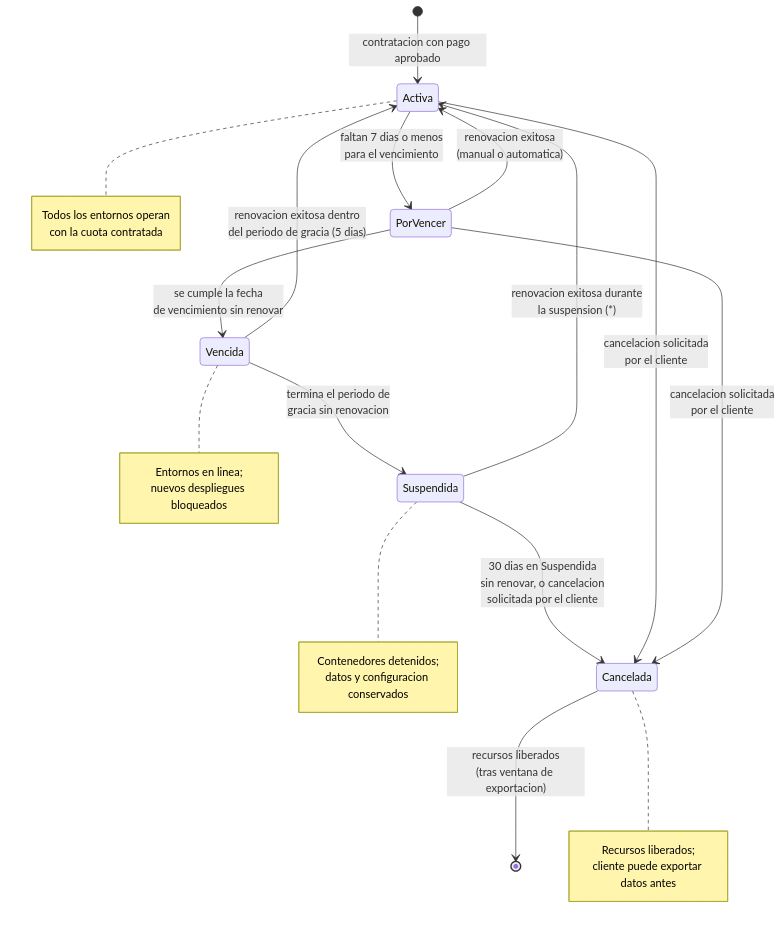
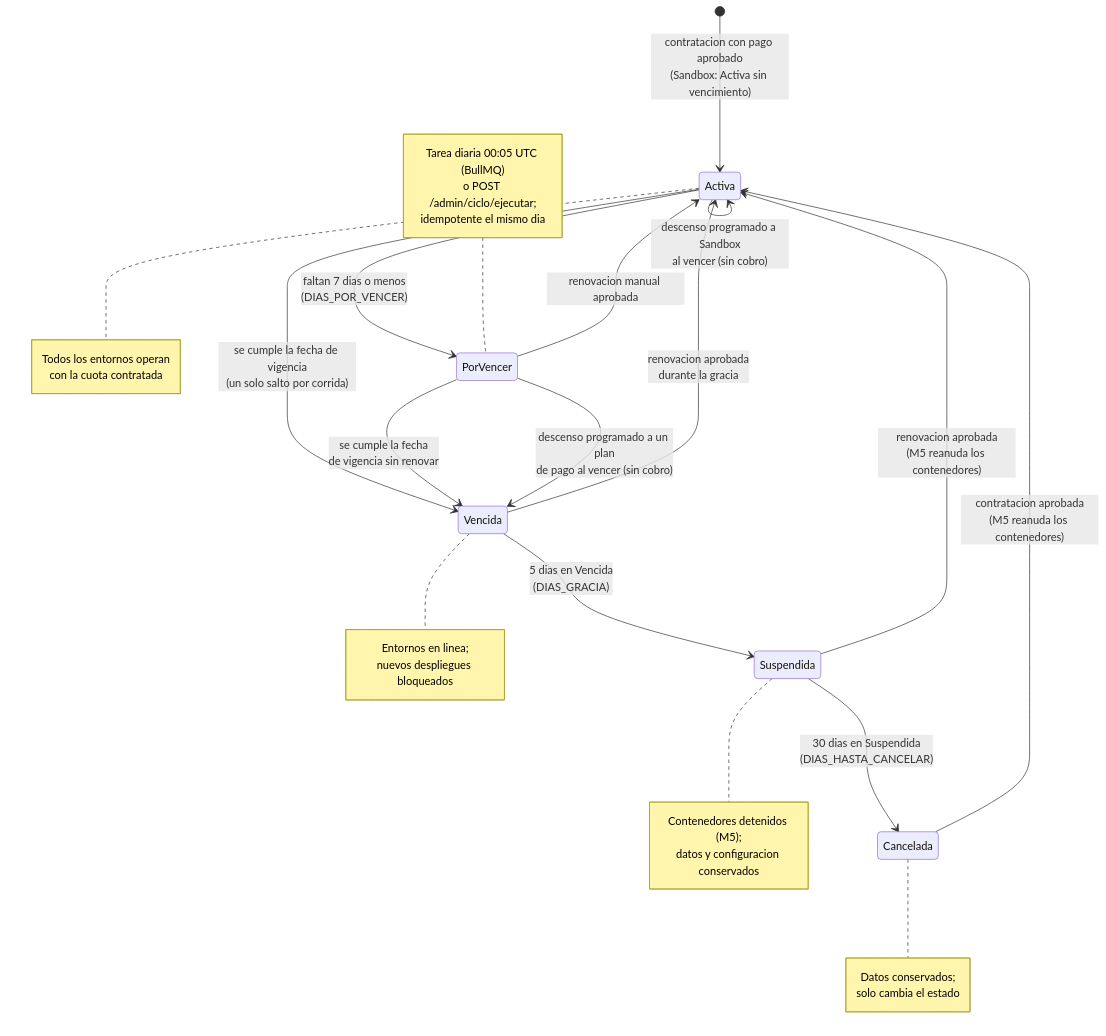
Before and after one commit to derekCmorales/deploya: the diagram in docs/diagramas/m1-m10/m2-estados-suscripcion.mmd, drawn with Mermaid. The commit also changed 10 other files, not shown here.

First line of the commit message:
feat(m2): panel «Suscripción suspendida» de 28 y diagramas del ciclo §4.4

```diff
--- a/docs/diagramas/m1-m10/m2-estados-suscripcion.mmd
+++ b/docs/diagramas/m1-m10/m2-estados-suscripcion.mmd
@@ -1,34 +1,40 @@
 stateDiagram-v2
-    [*] --> Activa : contratacion con pago aprobado
+    [*] --> Activa : contratacion con pago aprobado<br/>(Sandbox: Activa sin vencimiento)
 
-    Activa --> PorVencer : faltan 7 dias o menos<br/>para el vencimiento
-    PorVencer --> Activa : renovacion exitosa<br/>(manual o automatica)
-    PorVencer --> Vencida : se cumple la fecha<br/>de vencimiento sin renovar
+    Activa --> PorVencer : faltan 7 dias o menos<br/>(DIAS_POR_VENCER)
+    Activa --> Vencida : se cumple la fecha de vigencia<br/>(un solo salto por corrida)
+    PorVencer --> Activa : renovacion manual aprobada
+    PorVencer --> Vencida : se cumple la fecha<br/>de vigencia sin renovar
 
-    Vencida --> Activa : renovacion exitosa dentro<br/>del periodo de gracia (5 dias)
-    Vencida --> Suspendida : termina el periodo de<br/>gracia sin renovacion
+    Activa --> Activa : descenso programado a Sandbox<br/>al vencer (sin cobro)
+    PorVencer --> Vencida : descenso programado a un plan<br/>de pago al vencer (sin cobro)
 
-    Suspendida --> Activa : renovacion exitosa durante<br/>la suspension (*)
-    Suspendida --> Cancelada : 30 dias en Suspendida<br/>sin renovar, o cancelacion<br/>solicitada por el cliente
+    Vencida --> Activa : renovacion aprobada<br/>durante la gracia
+    Vencida --> Suspendida : 5 dias en Vencida<br/>(DIAS_GRACIA)
 
-    Activa --> Cancelada : cancelacion solicitada<br/>por el cliente
-    PorVencer --> Cancelada : cancelacion solicitada<br/>por el cliente
+    Suspendida --> Activa : renovacion aprobada<br/>(M5 reanuda los contenedores)
+    Suspendida --> Cancelada : 30 dias en Suspendida<br/>(DIAS_HASTA_CANCELAR)
 
-    Cancelada --> [*] : recursos liberados<br/>(tras ventana de exportacion)
+    Cancelada --> Activa : contratacion aprobada<br/>(M5 reanuda los contenedores)
 
     note right of Activa
         Todos los entornos operan
         con la cuota contratada
     end note
     note right of Vencida
         Entornos en linea;
         nuevos despliegues bloqueados
     end note
     note right of Suspendida
-        Contenedores detenidos;
+        Contenedores detenidos (M5);
         datos y configuracion conservados
     end note
     note right of Cancelada
-        Recursos liberados;
-        cliente puede exportar datos antes
+        Datos conservados;
+        solo cambia el estado
     end note
+    note left of PorVencer
+        Tarea diaria 00:05 UTC (BullMQ)
+        o POST /admin/ciclo/ejecutar;
+        idempotente el mismo dia
+    end note
```
